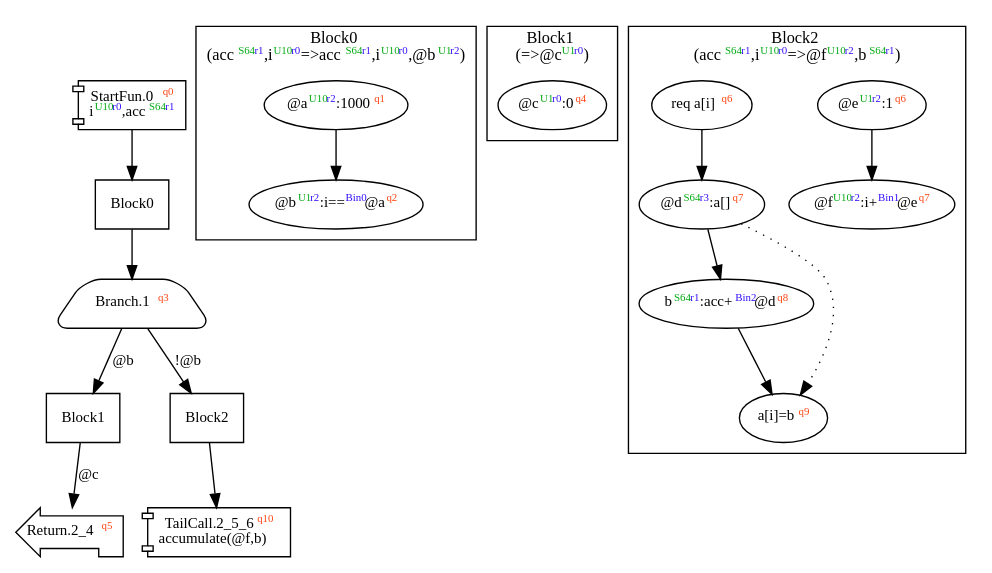
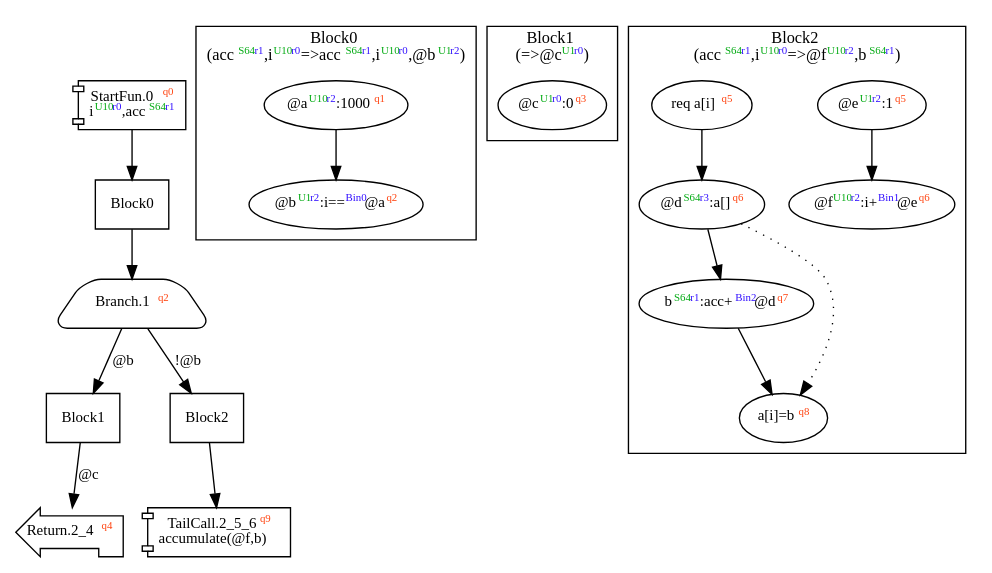
The diagram in dist/accumulate.dot (akouryy/SyntheScala), drawn with Graphviz before and after one commit. The commit also changed 24 other files, not shown here.

Commit message:
Remove Jump.Branch-occupied state

```diff
--- a/dist/accumulate.dot
+++ b/dist/accumulate.dot
@@ -1,48 +1,48 @@
 digraph Program_ {
   graph [fontname = "Monaco", fontsize = 12, ranksep = 0.5];
   node [shape = box, fontname = "Monaco", fontsize = 11; colorscheme = pastel19];
   edge [fontname = "Monaco", fontsize = 11; colorscheme = pastel19];
   Jump0[label = <StartFun.0<font color="#ff4411" point-size="8"><sup>q0</sup></font><br/>i<font color="#00aa11" point-size="8"><sup>U10</sup></font><font color="#3311ff" point-size="8"><sup>r0</sup></font>,acc<font color="#00aa11" point-size="8"><sup>S64</sup></font><font color="#3311ff" point-size="8"><sup>r1</sup></font>>; shape = component];
   Jump0 -> Block0;
   Jump1[
-    label = <Branch.1<font color="#ff4411" point-size="8"><sup>q3</sup></font>>;
+    label = <Branch.1<font color="#ff4411" point-size="8"><sup>q2</sup></font>>;
     shape = trapezium; style = rounded;
   ];
   Block0 -> Jump1;
   Jump1 -> Block1 [label="@b"];
   Jump1 -> Block2 [label="!@b"];
-  Jump2_4[label = <Return.2_4<font color="#ff4411" point-size="8"><sup>q5</sup></font>>; shape = lpromoter];
+  Jump2_4[label = <Return.2_4<font color="#ff4411" point-size="8"><sup>q4</sup></font>>; shape = lpromoter];
   Block1 -> Jump2_4 [label="@c"];
-  Jump2_5_6[label = <TailCall.2_5_6<font color="#ff4411" point-size="8"><sup>q10</sup></font><br/>accumulate(@f,b)>; shape = component];
+  Jump2_5_6[label = <TailCall.2_5_6<font color="#ff4411" point-size="8"><sup>q9</sup></font><br/>accumulate(@f,b)>; shape = component];
   Block2 -> Jump2_5_6;
   Block0 [label = "Block0"];
   Block1 [label = "Block1"];
   Block2 [label = "Block2"];
   subgraph cluster_dfg_Block0 {
     node [shape = oval];
     label = <Block0<br/>(acc<font color="#00aa11" point-size="8"><sup>S64</sup></font><font color="#3311ff" point-size="8"><sup>r1</sup></font>,i<font color="#00aa11" point-size="8"><sup>U10</sup></font><font color="#3311ff" point-size="8"><sup>r0</sup></font>=&gt;acc<font color="#00aa11" point-size="8"><sup>S64</sup></font><font color="#3311ff" point-size="8"><sup>r1</sup></font>,i<font color="#00aa11" point-size="8"><sup>U10</sup></font><font color="#3311ff" point-size="8"><sup>r0</sup></font>,@b<font color="#00aa11" point-size="8"><sup>U1</sup></font><font color="#3311ff" point-size="8"><sup>r2</sup></font>)>;
     0 [label=<@a<font color="#00aa11" point-size="8"><sup>U10</sup></font><font color="#3311ff" point-size="8"><sup>r2</sup></font>:1000<font color="#ff4411" point-size="8"><sup>q1</sup></font>>];
     1 [label=<@b<font color="#00aa11" point-size="8"><sup>U1</sup></font><font color="#3311ff" point-size="8"><sup>r2</sup></font>:i==<font color="#3311ff" point-size="8"><sup>Bin0</sup></font>@a<font color="#ff4411" point-size="8"><sup>q2</sup></font>>];
     0 -> 1;
   }
   subgraph cluster_dfg_Block1 {
     node [shape = oval];
     label = <Block1<br/>(=&gt;@c<font color="#00aa11" point-size="8"><sup>U1</sup></font><font color="#3311ff" point-size="8"><sup>r0</sup></font>)>;
-    2 [label=<@c<font color="#00aa11" point-size="8"><sup>U1</sup></font><font color="#3311ff" point-size="8"><sup>r0</sup></font>:0<font color="#ff4411" point-size="8"><sup>q4</sup></font>>];
+    2 [label=<@c<font color="#00aa11" point-size="8"><sup>U1</sup></font><font color="#3311ff" point-size="8"><sup>r0</sup></font>:0<font color="#ff4411" point-size="8"><sup>q3</sup></font>>];
   }
   subgraph cluster_dfg_Block2 {
     node [shape = oval];
     label = <Block2<br/>(acc<font color="#00aa11" point-size="8"><sup>S64</sup></font><font color="#3311ff" point-size="8"><sup>r1</sup></font>,i<font color="#00aa11" point-size="8"><sup>U10</sup></font><font color="#3311ff" point-size="8"><sup>r0</sup></font>=&gt;@f<font color="#00aa11" point-size="8"><sup>U10</sup></font><font color="#3311ff" point-size="8"><sup>r2</sup></font>,b<font color="#00aa11" point-size="8"><sup>S64</sup></font><font color="#3311ff" point-size="8"><sup>r1</sup></font>)>;
-    5 [label=<b<font color="#00aa11" point-size="8"><sup>S64</sup></font><font color="#3311ff" point-size="8"><sup>r1</sup></font>:acc+<font color="#3311ff" point-size="8"><sup>Bin2</sup></font>@d<font color="#ff4411" point-size="8"><sup>q8</sup></font>>];
-    6 [label=<a[i]=b<font color="#ff4411" point-size="8"><sup>q9</sup></font>>];
-    7 [label=<@e<font color="#00aa11" point-size="8"><sup>U1</sup></font><font color="#3311ff" point-size="8"><sup>r2</sup></font>:1<font color="#ff4411" point-size="8"><sup>q6</sup></font>>];
-    3 [label=<req a[i]<font color="#ff4411" point-size="8"><sup>q6</sup></font>>];
-    8 [label=<@f<font color="#00aa11" point-size="8"><sup>U10</sup></font><font color="#3311ff" point-size="8"><sup>r2</sup></font>:i+<font color="#3311ff" point-size="8"><sup>Bin1</sup></font>@e<font color="#ff4411" point-size="8"><sup>q7</sup></font>>];
-    4 [label=<@d<font color="#00aa11" point-size="8"><sup>S64</sup></font><font color="#3311ff" point-size="8"><sup>r3</sup></font>:a[]<font color="#ff4411" point-size="8"><sup>q7</sup></font>>];
+    5 [label=<b<font color="#00aa11" point-size="8"><sup>S64</sup></font><font color="#3311ff" point-size="8"><sup>r1</sup></font>:acc+<font color="#3311ff" point-size="8"><sup>Bin2</sup></font>@d<font color="#ff4411" point-size="8"><sup>q7</sup></font>>];
+    6 [label=<a[i]=b<font color="#ff4411" point-size="8"><sup>q8</sup></font>>];
+    7 [label=<@e<font color="#00aa11" point-size="8"><sup>U1</sup></font><font color="#3311ff" point-size="8"><sup>r2</sup></font>:1<font color="#ff4411" point-size="8"><sup>q5</sup></font>>];
+    3 [label=<req a[i]<font color="#ff4411" point-size="8"><sup>q5</sup></font>>];
+    8 [label=<@f<font color="#00aa11" point-size="8"><sup>U10</sup></font><font color="#3311ff" point-size="8"><sup>r2</sup></font>:i+<font color="#3311ff" point-size="8"><sup>Bin1</sup></font>@e<font color="#ff4411" point-size="8"><sup>q6</sup></font>>];
+    4 [label=<@d<font color="#00aa11" point-size="8"><sup>S64</sup></font><font color="#3311ff" point-size="8"><sup>r3</sup></font>:a[]<font color="#ff4411" point-size="8"><sup>q6</sup></font>>];
     4 -> 5;
     5 -> 6;
     7 -> 8;
     3 -> 4 [style = solid];
     4 -> 6 [style = dotted];
   }
 }
```
